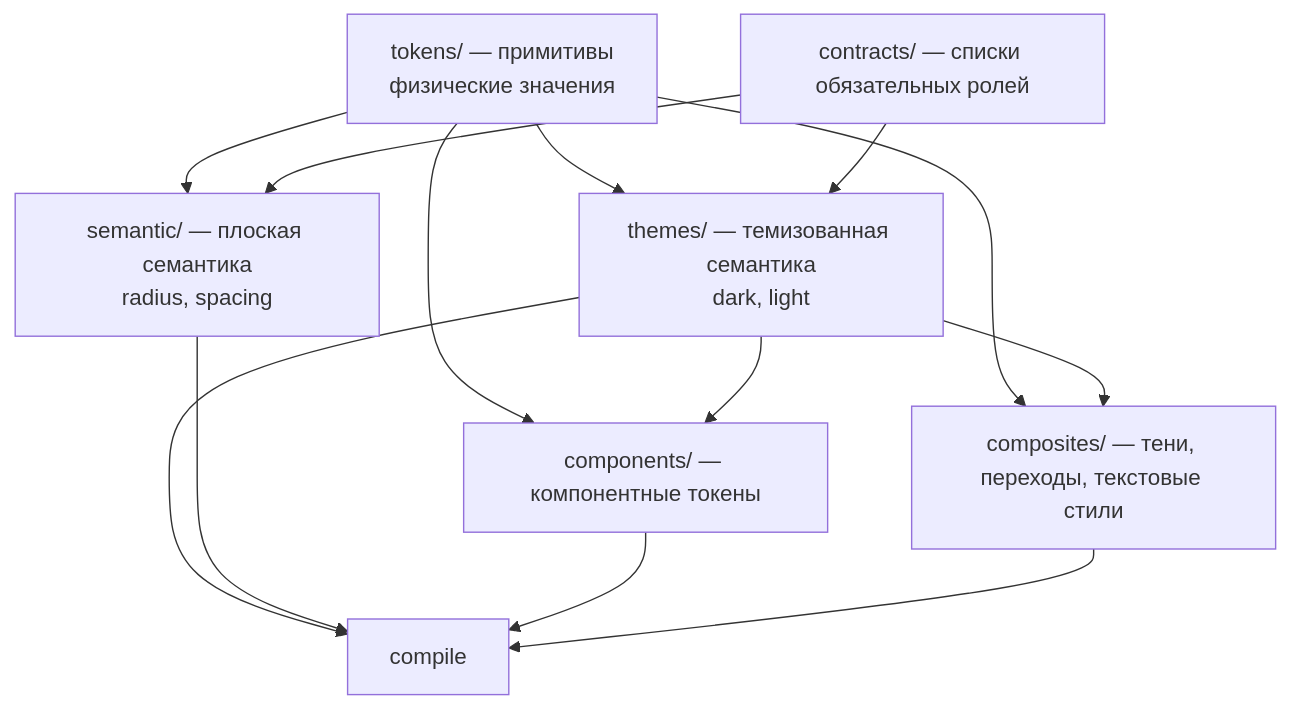
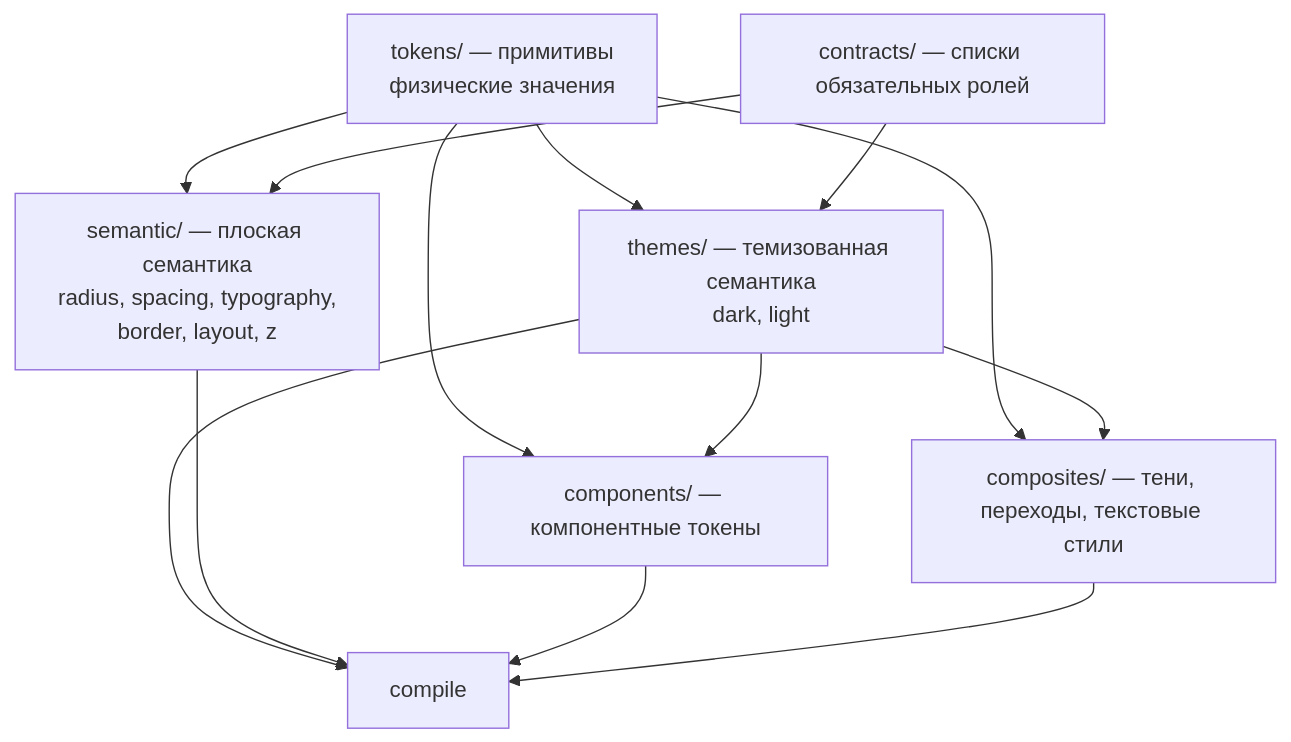
One commit to yuriisurzhykov/Tallyvane changed the diagram in docs/frontend/01-shared-design-tokens.md. Above: the diagram before and after it, drawn with Mermaid. The commit also changed other lines of this file and 20 other files, not shown here.

````diff
--- a/docs/frontend/01-shared-design-tokens.md
+++ b/docs/frontend/01-shared-design-tokens.md
@@ -45,23 +45,23 @@
 ```mermaid
 flowchart TB
     P["tokens/ — примитивы<br/>физические значения"]
     CT["contracts/ — списки обязательных ролей"]
     T["themes/ — темизованная семантика<br/>dark, light"]
-    S["semantic/ — плоская семантика<br/>radius, spacing"]
+    S["semantic/ — плоская семантика<br/>radius, spacing, typography,<br/>border, layout, z"]
     C["components/ — компонентные токены"]
     K["composites/ — тени, переходы, текстовые стили"]
     G["compile"]
 
     P --> T
     P --> S
     CT --> T
     CT --> S
     P --> C
     T --> C
     P --> K
     T --> K
     T --> G
     S --> G
     C --> G
     K --> G
 ```
````
